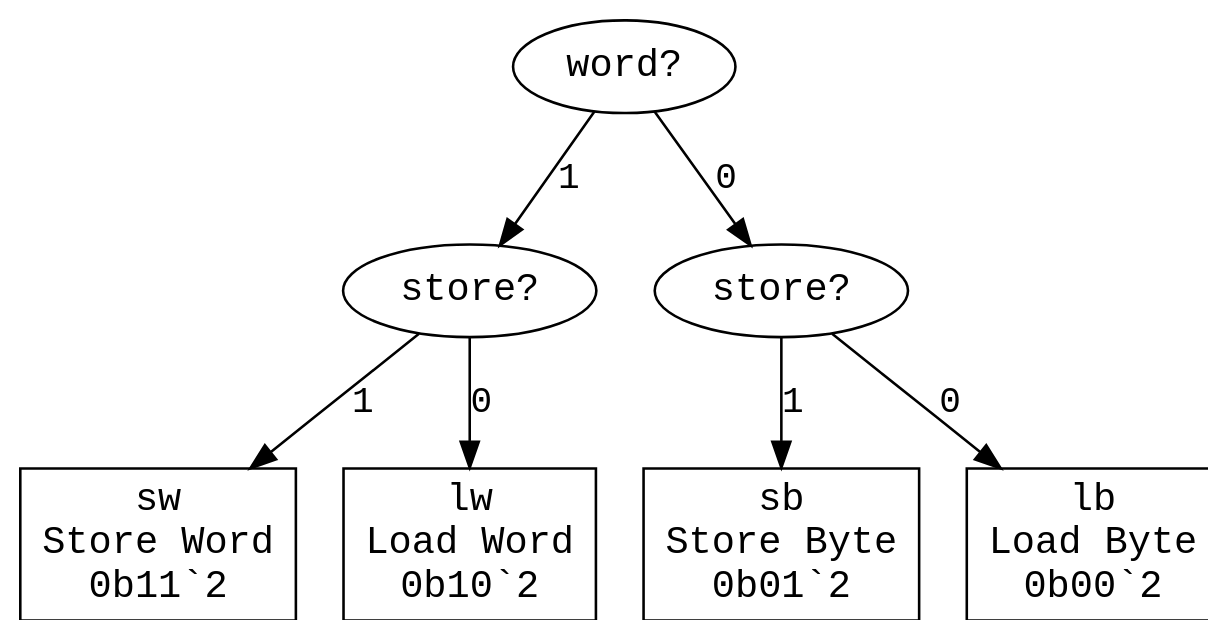
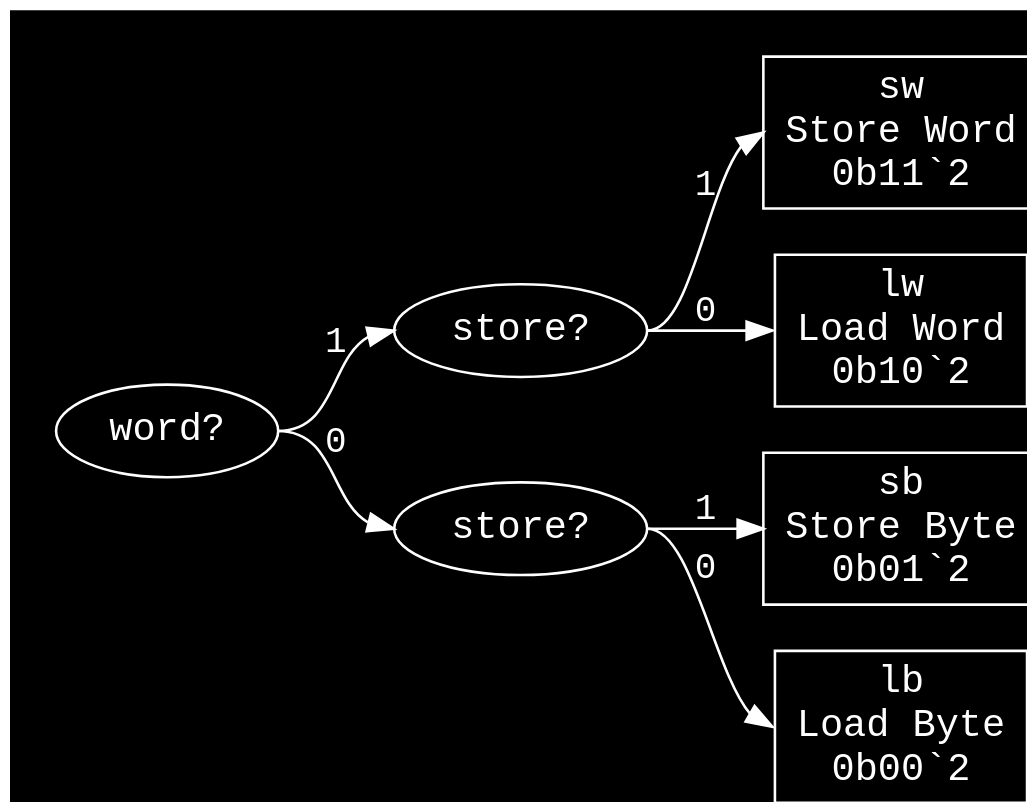
The diagram in assets/graphs/rri.dot (eignnx/SPRIND), drawn with Graphviz before and after one commit. The commit also changed 18 other files, not shown here.

```diff
--- a/assets/graphs/rri.dot
+++ b/assets/graphs/rri.dot
@@ -1,18 +1,18 @@
 digraph "Format rri" {
-  graph [dpi = 100, bgcolor="white"];
-  node [fontname = "Courier", fontsize="15pt"];
-  edge [fontname = "Courier"];
+  graph [dpi = 100, bgcolor="#111", fontcolor="white", rankdir=LR, pad="0.25"];
+  node [fontname = "Courier", fontsize="15pt", color="white", fontcolor="white"];
+  edge [fontname = "Courier", color="white", fontcolor="white"];
   "word_1019694" [label = "word?", shape = ellipse];
-  "word_1019694" -> "store_888754" [label = "1"];
-  "word_1019694" -> "store_3203235" [label = "0"];
+  "word_1019694":e -> "store_888754":w [label = "1"];
+  "word_1019694":e -> "store_3203235":w [label = "0"];
   "store_888754" [label = "store?", shape = ellipse];
-  "store_888754" -> "sw_14565502" [label = "1"];
-  "store_888754" -> "lw_13753362" [label = "0"];
+  "store_888754":e -> "sw_14565502":w [label = "1"];
+  "store_888754":e -> "lw_13753362":w [label = "0"];
   "sw_14565502" [label = "sw\nStore Word\n0b11`2", shape = rectangle];
   "lw_13753362" [label = "lw\nLoad Word\n0b10`2", shape = rectangle];
   "store_3203235" [label = "store?", shape = ellipse];
-  "store_3203235" -> "sb_10225307" [label = "1"];
-  "store_3203235" -> "lb_1820023" [label = "0"];
+  "store_3203235":e -> "sb_10225307":w [label = "1"];
+  "store_3203235":e -> "lb_1820023":w [label = "0"];
   "sb_10225307" [label = "sb\nStore Byte\n0b01`2", shape = rectangle];
   "lb_1820023" [label = "lb\nLoad Byte\n0b00`2", shape = rectangle];
 }
```
